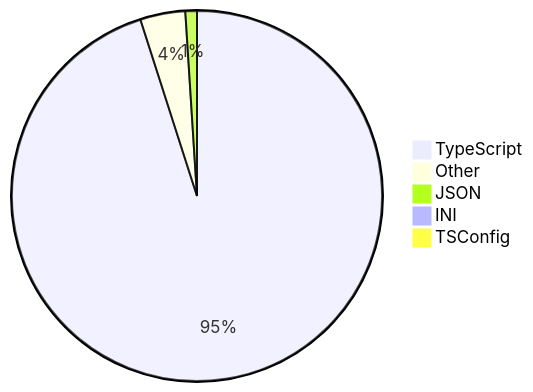
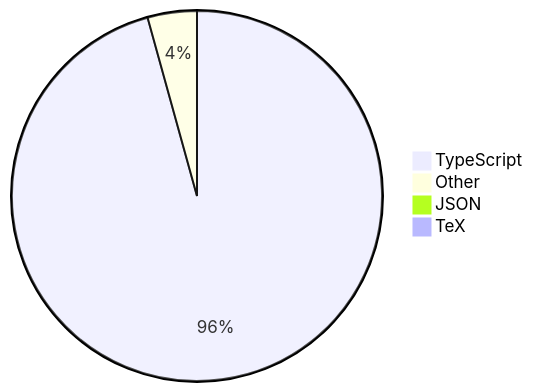
One commit to skvggor/skvggor changed the diagram in README.md. Above: the diagram before and after it, drawn with Mermaid.

Commit message:
Updated waka-readme graph with new metrics

````diff
--- a/README.md
+++ b/README.md
@@ -16,8 +16,7 @@
 ```mermaid
 pie
-    "TypeScript" : 94.3
-    "Other" : 3.9
-    "JSON" : 1.0
-    "INI" : 0.3
-    "TSConfig" : 0.2
+    "TypeScript" : 95.7
+    "Other" : 4.3
+    "JSON" : 0.0
+    "TeX" : 0.0
 ```
````
